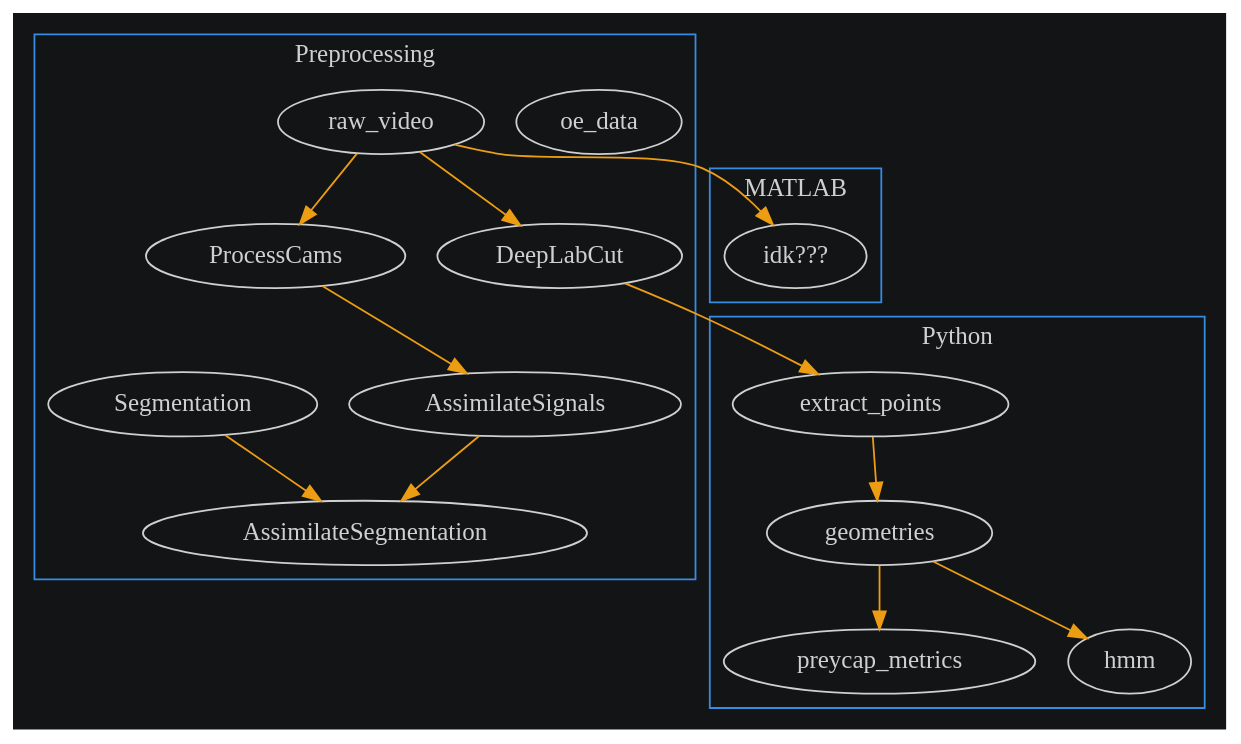
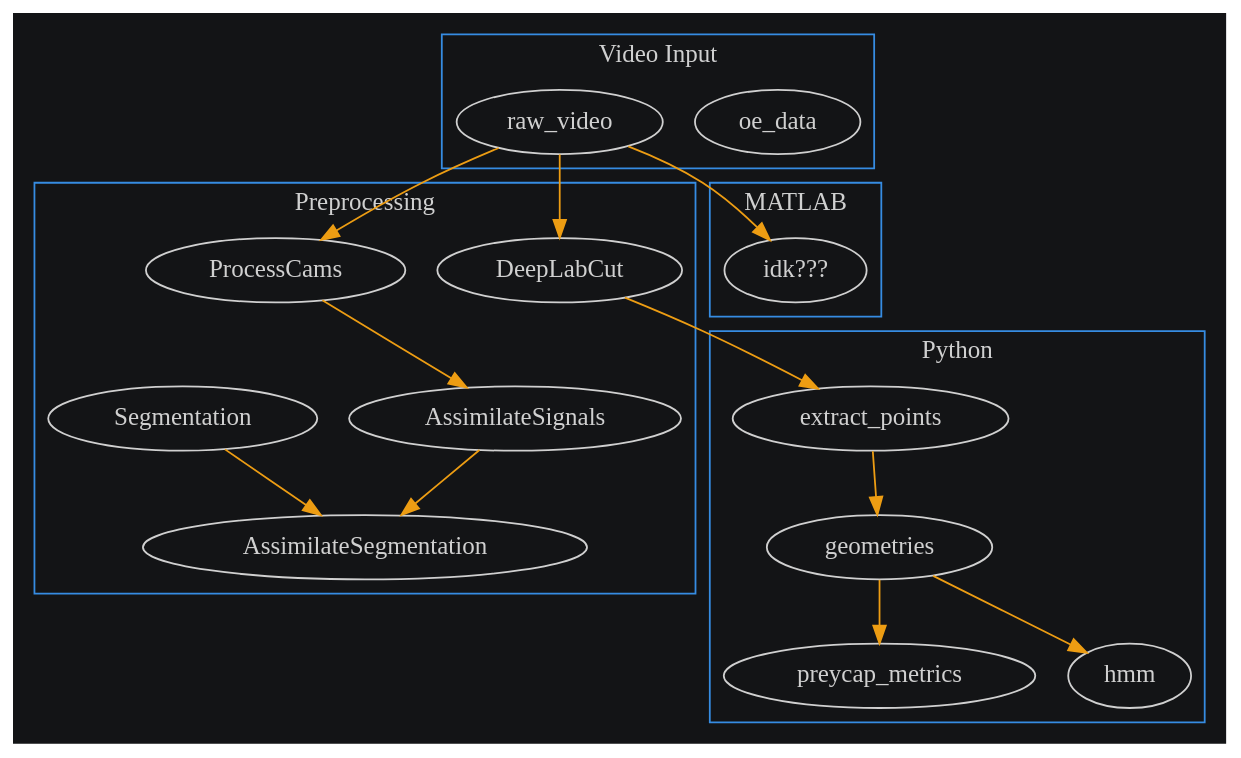
One commit to wehr-lab/labtools changed the diagram in docs/projects/preycapture/analysis/index.md. Above: the diagram before and after it, drawn with Graphviz.

Commit message:
fixed subgraph cluster naming error

````diff
--- a/docs/projects/preycapture/analysis/index.md
+++ b/docs/projects/preycapture/analysis/index.md
@@ -3,52 +3,52 @@
 ```{graphviz}
 digraph {
   bgcolor="#131416"
   fontcolor="#ffffffcc"
   color="#368ce2"
   node [color="#d0d0d0", fontcolor="#d0d0d0"]
   edge [color="#ed9d13"]
 
   subgraph cluster_input {
-      label = "Input"
+      label = "Video Input"
       oe_data
       raw_video
   }
 
-  subgraph cluster_input {
+  subgraph cluster_preprocessing {
       label = "Preprocessing"
       dlc_python[label="DeepLabCut"]
       ProcessCams
       AssimilateSignals
       Segmentation
       AssimilateSegmentation
   }
 
   subgraph cluster_python {
       label="Python"
       extract_points
       geometries
       preycap_metrics
       hmm
   }
 
   subgraph cluster_matlab {
       label="MATLAB"
       idk[label="idk???"]
 
   }
 
   raw_video -> dlc_python
   raw_video -> ProcessCams
   ProcessCams -> AssimilateSignals
   Segmentation -> AssimilateSegmentation
   AssimilateSignals -> AssimilateSegmentation
 
   dlc_python -> extract_points
   extract_points -> geometries
   geometries -> preycap_metrics
   geometries -> hmm
 
   raw_video -> idk
 
 }
 ```
````
